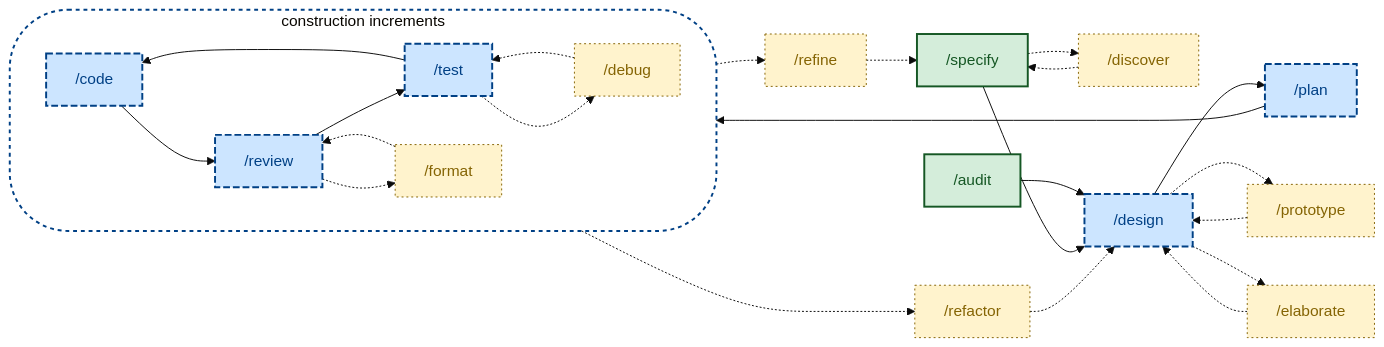
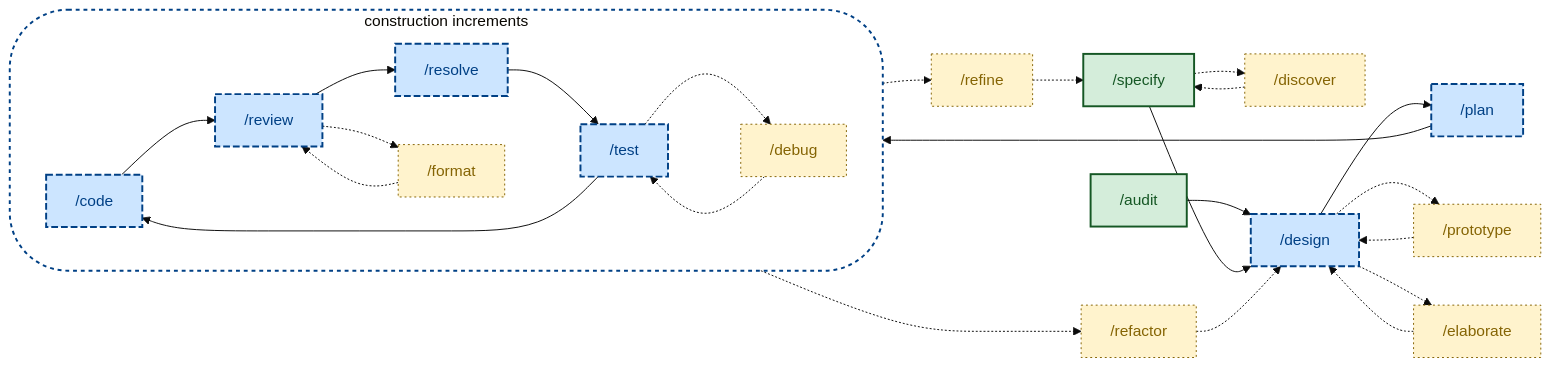
Before and after one commit to kieranpotts/skills: the diagram in README.md, drawn with Mermaid (base theme). The commit also changed other lines of this file and 2 other files, not shown here.

Commit message:
chore: add resolve skill - draft

````diff
--- a/README.md
+++ b/README.md
@@ -43,60 +43,62 @@
 ```mermaid
 flowchart LR
   %% Node labels and classes (declared up front so they hold inside and outside the subgraph).
   discover["/discover"]:::secondary
   audit["/audit"]:::start
   specify["/specify"]:::start
   design["/design"]:::main
   plan["/plan"]:::main
   code["/code"]:::main
   review["/review"]:::main
+  resolve["/resolve"]:::main
   test["/test"]:::main
   prototype["/prototype"]:::secondary
   elaborate["/elaborate"]:::secondary
   format["/format"]:::secondary
   debug["/debug"]:::secondary
   refactor["/refactor"]:::secondary
   refine["/refine"]:::secondary
 
   %% Starting points.
   discover -.-> specify
   audit --> design
   specify --> design
 
   %% Main workflow sequence.
   design --> plan
   plan --> code
 
-  %% The build loop: code -> review -> test, plus the format and debug repair cycles.
+  %% The build loop: code -> review -> resolve -> test, plus the format and debug repair cycles.
   subgraph build [construction increments]
     direction LR
     code --> review
-    review --> test
+    review --> resolve
+    resolve --> test
     test --> code
     review -.-> format
     format -.-> review
     test -.-> debug
     debug -.-> test
   end
 
   %% Small iterative cycles.
   specify -.-> discover
   design -.-> prototype
   prototype -.-> design
   design -.-> elaborate
   elaborate -.-> design
 
   %% Big feedback loops.
   review -.-> refactor
   refactor -.-> design
   test -.-> refine
   refine -.-> specify
 
   %% Class definitions.
   classDef start fill:#d4edda,stroke:#155724,color:#155724,stroke-width:2px
   classDef main fill:#cce5ff,stroke:#004085,color:#004085,stroke-width:2px,stroke-dasharray:7 3
   classDef secondary fill:#fff3cd,stroke:#856404,color:#856404,stroke-width:1px,stroke-dasharray:2 3
 
   %% Subgraph (loop) border styling.
   style build fill:none,stroke:#004085,stroke-width:2px,stroke-dasharray:4 4,rx:60,ry:60
 ```
````
